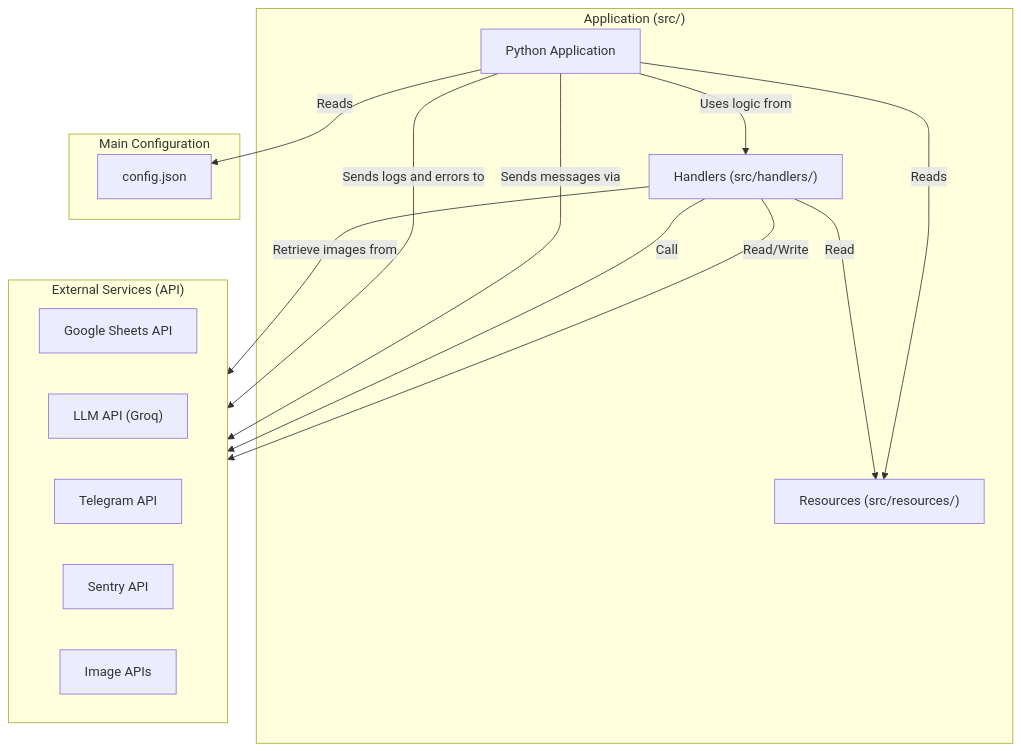
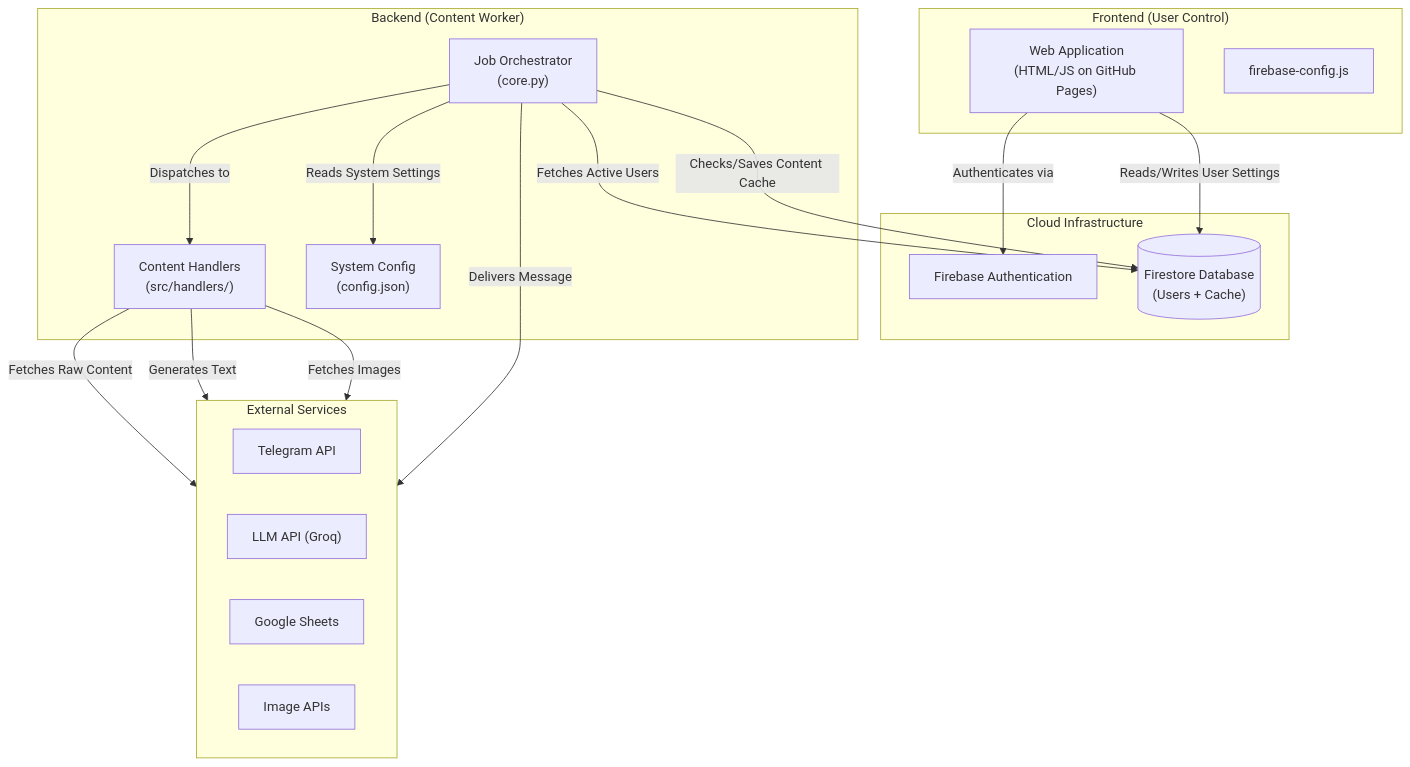
The first of 3 diagrams in docs/how_to/for_programmers/00_architecture.md (OpenXFlow/PulserBot), drawn with Mermaid before and after one commit. The commit also changed other lines of this file and 105 other files, not shown here.

First line of the commit message:
docs: update architecture to v3.0 (Hybrid) and add redirect hub

````diff
--- a/docs/how_to/for_programmers/00_architecture.md
+++ b/docs/how_to/for_programmers/00_architecture.md
@@ -22,29 +24,41 @@
 ```mermaid
 graph TD
-    subgraph "Application (src/)"
-        A[Python Application]
-        A -- "Uses logic from" --> Handlers["Handlers (src/handlers/)"]
-        A -- "Reads" --> Resources["Resources (src/resources/)"]
+    subgraph "Frontend (User Control)"
+        WebApp["Web Application<br>(HTML/JS on GitHub Pages)"]
+        AuthConfig["firebase-config.js"]
     end
 
-    subgraph "Main Configuration"
-        Config["config.json"]
+    subgraph "Cloud Infrastructure"
+        Auth["Firebase Authentication"]
+        DB[("Firestore Database<br>(Users + Cache)")]
     end
 
-    subgraph "External Services (API)"
+    subgraph "Backend (Content Worker)"
+        Orchestrator["Job Orchestrator<br>(core.py)"]
+        Handlers["Content Handlers<br>(src/handlers/)"]
+        Config["System Config<br>(config.json)"]
+    end
+
+    subgraph "External Services"
         direction LR
-        GSheets["Google Sheets API"]
+        Telegram["Telegram API"]
         LLM["LLM API (Groq)"]
-        Telegram["Telegram API"]
-        Sentry["Sentry API"]
+        Sheets["Google Sheets"]
         Images["Image APIs"]
     end
 
-    A -- "Reads" --> Config
-    Handlers -- "Read" --> Resources
-    Handlers -- "Read/Write" --> GSheets
-    Handlers -- "Call" --> LLM
-    A -- "Sends messages via" --> Telegram
-    A -- "Sends logs and errors to" --> Sentry
-    Handlers -- "Retrieve images from" --> Images
+    %% Flows
+    WebApp -- "Authenticates via" --> Auth
+    WebApp -- "Reads/Writes User Settings" --> DB
+    
+    Orchestrator -- "Reads System Settings" --> Config
+    Orchestrator -- "Fetches Active Users" --> DB
+    Orchestrator -- "Checks/Saves Content Cache" --> DB
+    
+    Orchestrator -- "Dispatches to" --> Handlers
+    Handlers -- "Fetches Raw Content" --> Sheets
+    Handlers -- "Generates Text" --> LLM
+    Handlers -- "Fetches Images" --> Images
+    
+    Orchestrator -- "Delivers Message" --> Telegram
 ```
````
